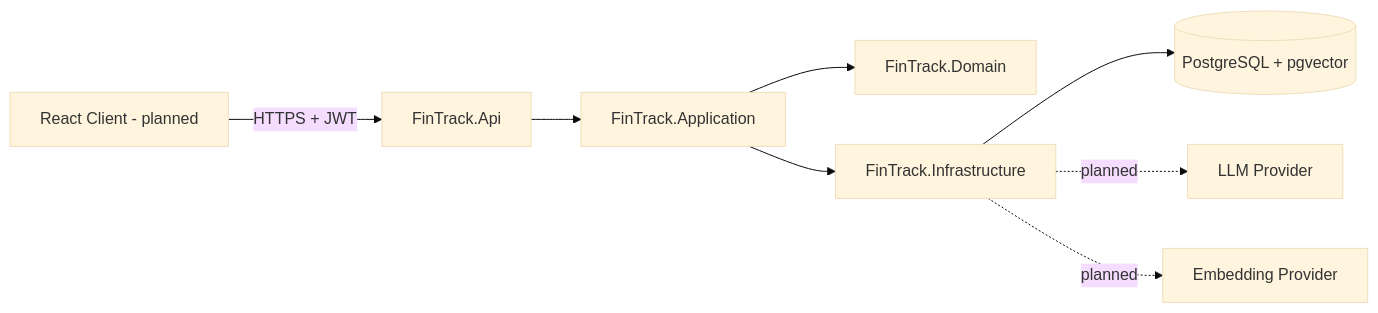
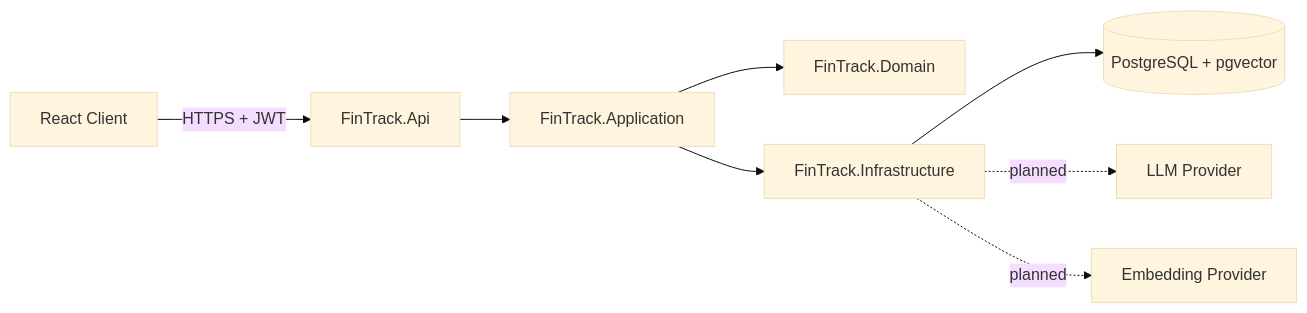
The diagram in README.md (merveozhuy/FinTrack), drawn with Mermaid (base theme) before and after one commit. The commit also changed other lines of this file and 1 other file, not shown here.

````diff
--- a/README.md
+++ b/README.md
@@ -50,10 +54,10 @@
 ```mermaid
 flowchart LR
-    UI[React Client - planned] -->|HTTPS + JWT| API[FinTrack.Api]
+    UI[React Client] -->|HTTPS + JWT| API[FinTrack.Api]
     API --> APP[FinTrack.Application]
     APP --> DOM[FinTrack.Domain]
     APP --> INFRA[FinTrack.Infrastructure]
     INFRA --> DB[(PostgreSQL + pgvector)]
     INFRA -.planned.-> LLM[LLM Provider]
     INFRA -.planned.-> EMB[Embedding Provider]
 ```
````
